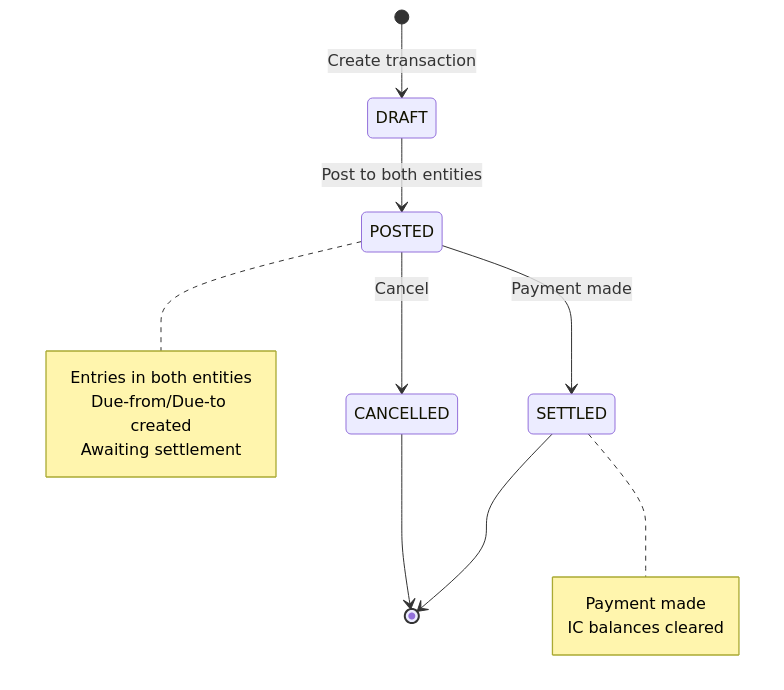
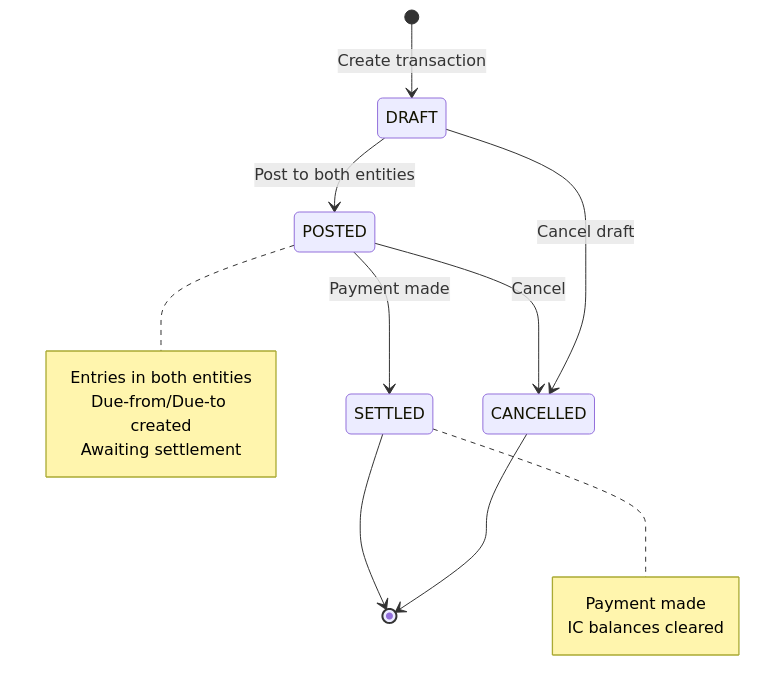
Before and after one commit to openleap-io/io.openleap.dev.spec: the fifth of 9 diagrams in T3_Domains/FI/domain-specs/ext/fi_ic-spec.md, drawn with Mermaid. The commit also changed other lines of this file and 54 other files, not shown here.

````diff
--- a/T3_Domains/FI/domain-specs/ext/fi_ic-spec.md
+++ b/T3_Domains/FI/domain-specs/ext/fi_ic-spec.md
@@ -349,20 +513,21 @@
 ```mermaid
 stateDiagram-v2
     [*] --> DRAFT : Create transaction
     DRAFT --> POSTED : Post to both entities
     POSTED --> SETTLED : Payment made
     POSTED --> CANCELLED : Cancel
+    DRAFT --> CANCELLED : Cancel draft
     SETTLED --> [*]
     CANCELLED --> [*]
     
     note right of POSTED
         Entries in both entities
         Due-from/Due-to created
         Awaiting settlement
     end note
     
     note right of SETTLED
         Payment made
         IC balances cleared
     end note
 ```
````
